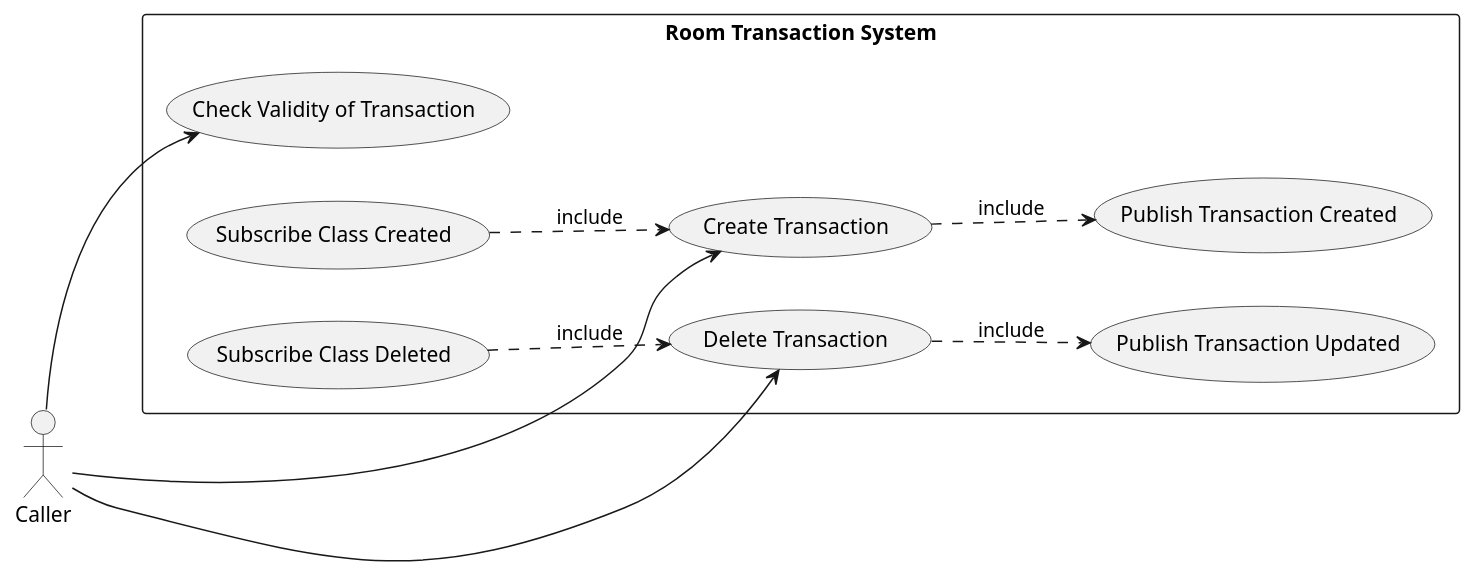
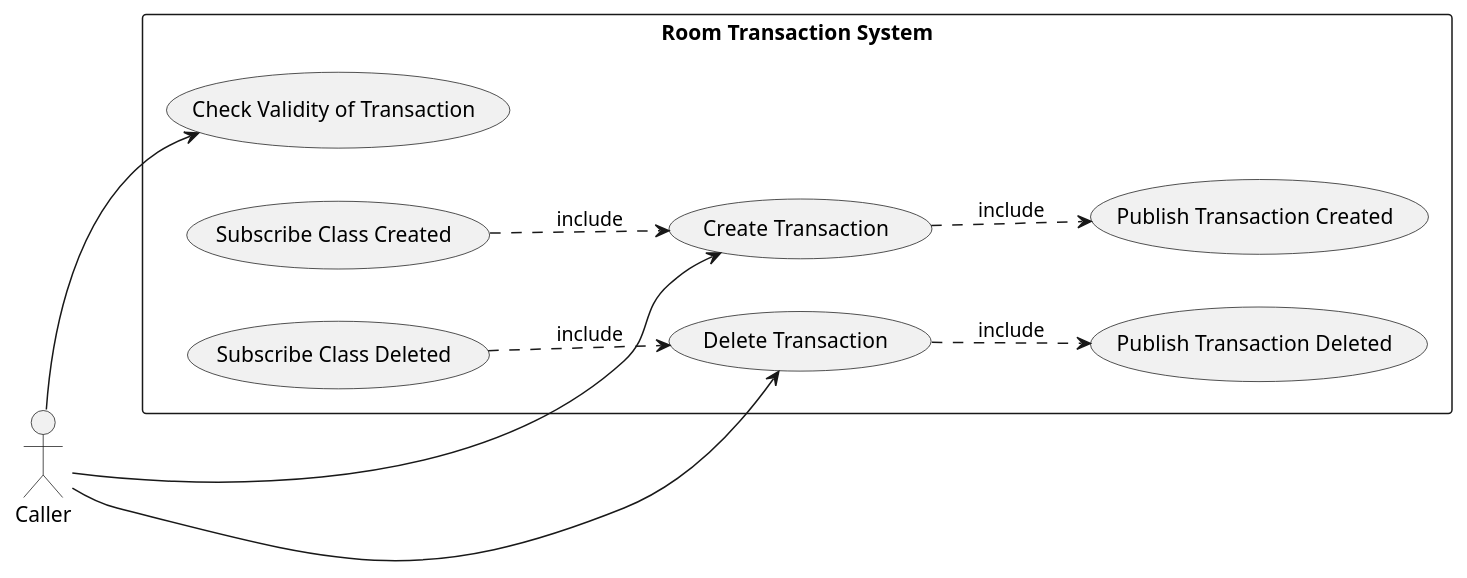
Before and after one commit to fwidjaya20/fazzlearning-uml: the diagram in UseCase/Release02/RoomTransactionSubSystem.wsd, drawn with PlantUML. The commit also changed 1 other file, not shown here.

```diff
--- a/UseCase/Release02/RoomTransactionSubSystem.wsd
+++ b/UseCase/Release02/RoomTransactionSubSystem.wsd
@@ -1,23 +1,23 @@
 @startuml RoomTransactionSubSystem
 
 left to right direction
 
 skinparam Monochrome true
 skinparam Shadowing false
 skinparam packageStyle rectangle
 
 actor Caller
 
 rectangle "Room Transaction System" {
     (Caller) --> (Create Transaction)
     (Caller) --> (Delete Transaction)
     (Caller) --> (Check Validity of Transaction)
 
     (Create Transaction) ..> (Publish Transaction Created) : include
-    (Delete Transaction) ..> (Publish Transaction Updated) : include
+    (Delete Transaction) ..> (Publish Transaction Deleted) : include
 
     (Subscribe Class Created) ..> (Create Transaction) : include
     (Subscribe Class Deleted) ..> (Delete Transaction) : include
 }
 
 @enduml
```
